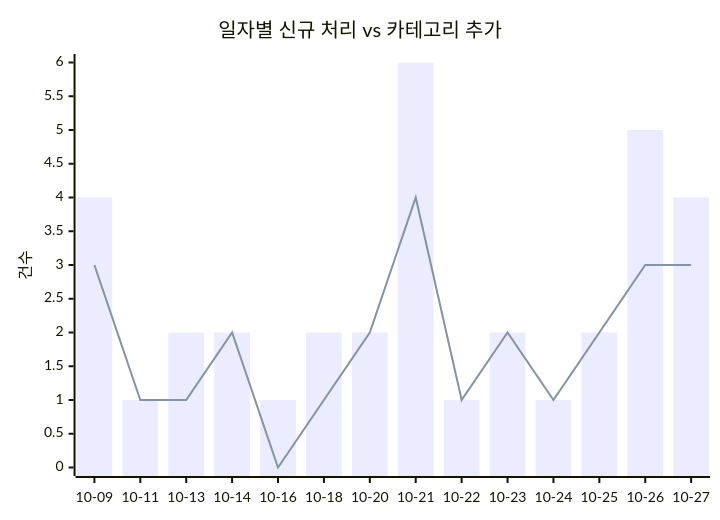
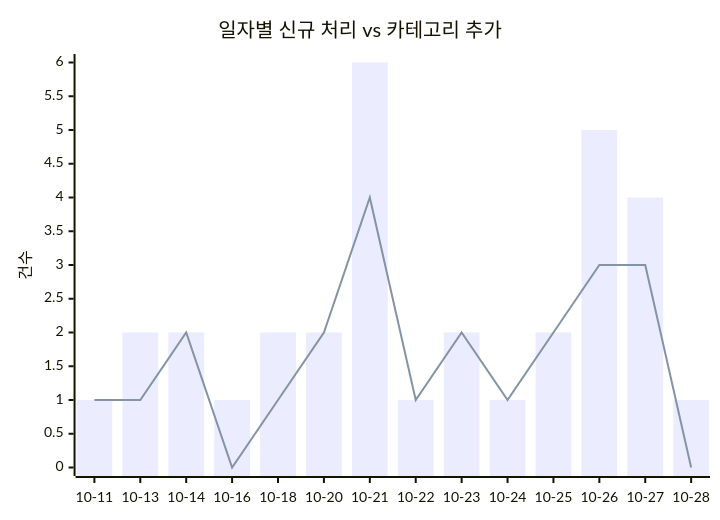
The first of 2 diagrams in docs/trends.md (J-nowcow/awesome-korean-agent-skills), drawn with Mermaid before and after one commit. The commit also changed other lines of this file and 2 other files, not shown here.

````diff
--- a/docs/trends.md
+++ b/docs/trends.md
@@ -32,8 +32,8 @@
 ```mermaid
 xychart-beta
     title "일자별 신규 처리 vs 카테고리 추가"
-    x-axis ["10-09","10-11","10-13","10-14","10-16","10-18","10-20","10-21","10-22","10-23","10-24","10-25","10-26","10-27"]
+    x-axis ["10-11","10-13","10-14","10-16","10-18","10-20","10-21","10-22","10-23","10-24","10-25","10-26","10-27","10-28"]
     y-axis "건수"
-    bar [4,1,2,2,1,2,2,6,1,2,1,2,5,4]
-    line [3,1,1,2,0,1,2,4,1,2,1,2,3,3]
+    bar [1,2,2,1,2,2,6,1,2,1,2,5,4,1]
+    line [1,1,2,0,1,2,4,1,2,1,2,3,3,0]
 ```
````
